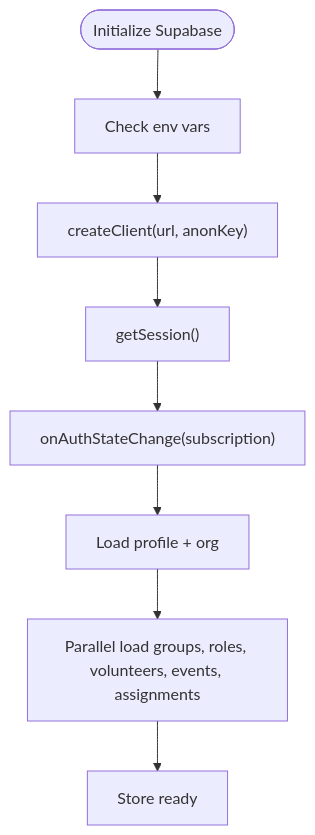
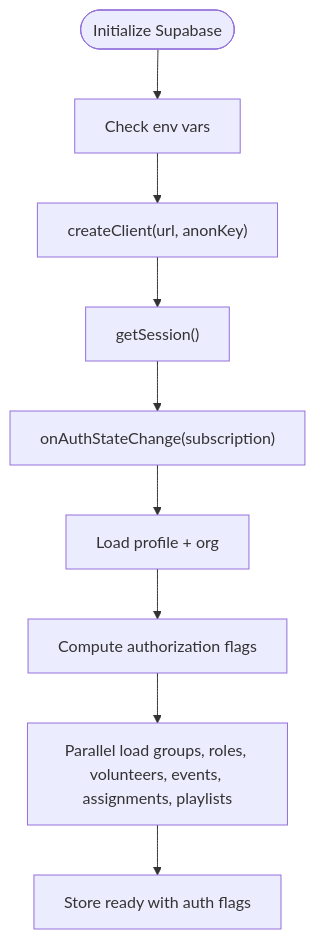
Before and after one commit to netdaniel/serveflow: the fourth of 9 diagrams in .qoder/repowiki/en/content/State Management System/State Management System.md, drawn with Mermaid. The commit also changed other lines of this file and 15 other files, not shown here.

````diff
--- a/.qoder/repowiki/en/content/State Management System/State Management System.md
+++ b/.qoder/repowiki/en/content/State Management System/State Management System.md
@@ -198,10 +286,11 @@
 ```mermaid
 flowchart TD
 Start(["Initialize Supabase"]) --> CheckEnv["Check env vars"]
 CheckEnv --> CreateClient["createClient(url, anonKey)"]
 CreateClient --> AuthInit["getSession()"]
 AuthInit --> Subscribe["onAuthStateChange(subscription)"]
 Subscribe --> LoadProfile["Load profile + org"]
-LoadProfile --> ParallelLoad["Parallel load groups, roles, volunteers, events, assignments"]
-ParallelLoad --> Ready["Store ready"]
+LoadProfile --> ComputeAuth["Compute authorization flags"]
+ComputeAuth --> ParallelLoad["Parallel load groups, roles, volunteers, events, assignments, playlists"]
+ParallelLoad --> Ready["Store ready with auth flags"]
 ```
````
